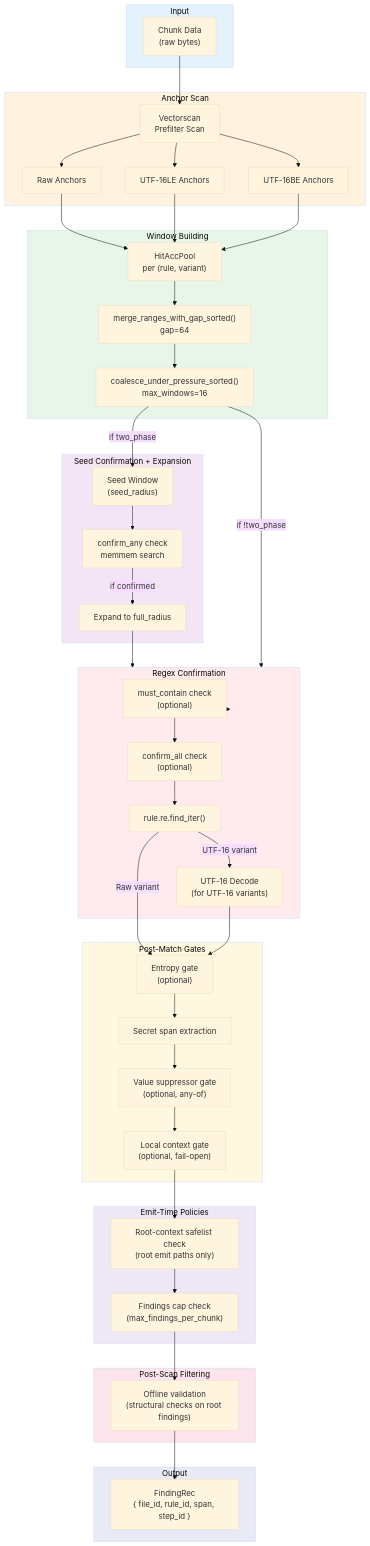
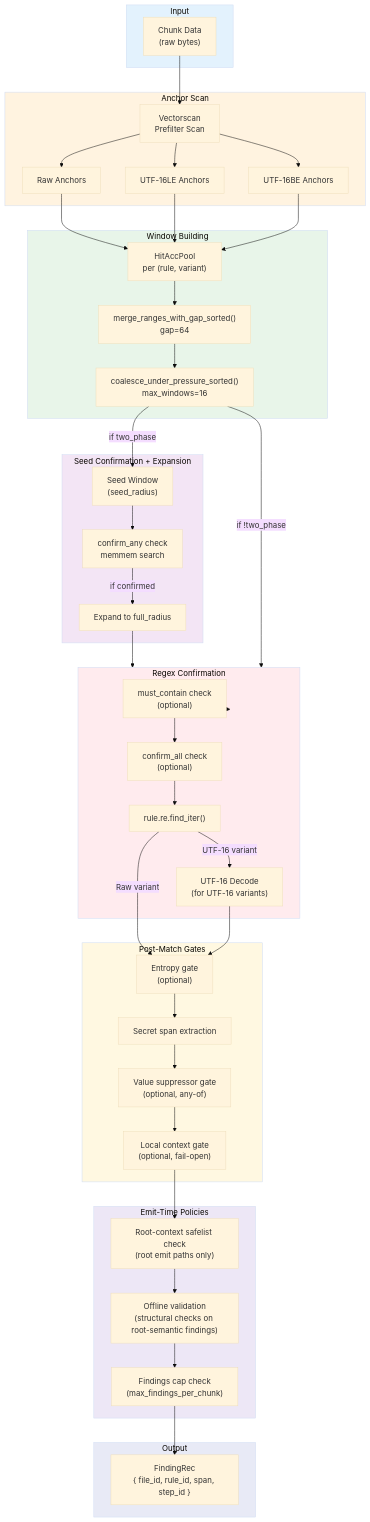
One commit to ahrav/scratch-scanner-rs changed the first of 4 diagrams in docs/detection-engine.md. Above: the diagram before and after it, drawn with Mermaid (base theme). The commit also changed other lines of this file and 7 other files, not shown here.

First line of the commit message:
Apply offline validation inline at emission site for root-semantic findings

````diff
--- a/docs/detection-engine.md
+++ b/docs/detection-engine.md
@@ -43,11 +43,8 @@
 
     subgraph EmitPolicy["Emit-Time Policies"]
         Safelist["Root-context safelist check<br/>(root emit paths only)"]
+        OfflineVal["Offline validation<br/>(structural checks on root-semantic findings)"]
         Cap["Findings cap check<br/>(max_findings_per_chunk)"]
-    end
-
-    subgraph PostScan["Post-Scan Filtering"]
-        OfflineVal["Offline validation<br/>(structural checks on root findings)"]
     end
 
     subgraph Output["Output"]
@@ -84,9 +81,9 @@
     SecretExtract --> ValueSuppressors
     ValueSuppressors --> LocalCtx
     LocalCtx --> Safelist
-    Safelist --> Cap
-    Cap --> OfflineVal
-    OfflineVal --> FindingRec
+    Safelist --> OfflineVal
+    OfflineVal --> Cap
+    Cap --> FindingRec
 
     style Input fill:#e3f2fd
     style AnchorScan fill:#fff3e0
@@ -95,6 +92,5 @@
     style RegexConfirm fill:#ffebee
     style PostMatch fill:#fff8e1
     style EmitPolicy fill:#ede7f6
-    style PostScan fill:#fce4ec
     style Output fill:#e8eaf6
 ```
````
